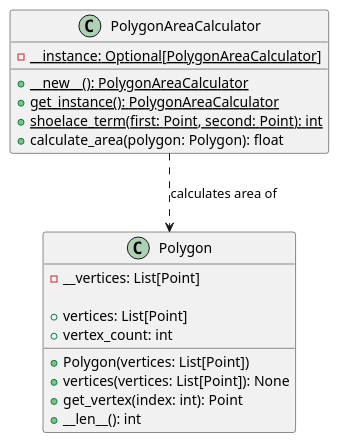
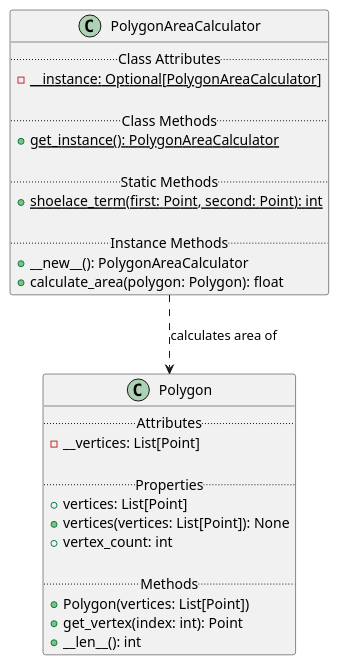
Before and after one commit to eggnox/OOP-Fall-26: the diagram in assignments/A1-OOD/convexpolygonarea/docs/uml/class-diagram.puml, drawn with PlantUML. The commit also changed 16 other files, not shown here.

```diff
--- a/assignments/A1-OOD/convexpolygonarea/docs/uml/class-diagram.puml
+++ b/assignments/A1-OOD/convexpolygonarea/docs/uml/class-diagram.puml
@@ -1,25 +1,35 @@
 @startuml
 
 class Polygon {
+    .. Attributes ..
     - __vertices: List[Point]
 
-    + Polygon(vertices: List[Point])
+    .. Properties ..
     + vertices: List[Point]
     + vertices(vertices: List[Point]): None
     + vertex_count: int
+
+    .. Methods ..
+    + Polygon(vertices: List[Point])
     + get_vertex(index: int): Point
     + __len__(): int
 }
 
 class PolygonAreaCalculator {
+    .. Class Attributes ..
     - {static} __instance: Optional[PolygonAreaCalculator]
 
-    + {static} __new__(): PolygonAreaCalculator
+    .. Class Methods ..
     + {static} get_instance(): PolygonAreaCalculator
+
+    .. Static Methods ..
     + {static} shoelace_term(first: Point, second: Point): int
+
+    .. Instance Methods ..
+    + __new__(): PolygonAreaCalculator
     + calculate_area(polygon: Polygon): float
 }
 
 PolygonAreaCalculator ..> Polygon : calculates area of
 
 @enduml
```
